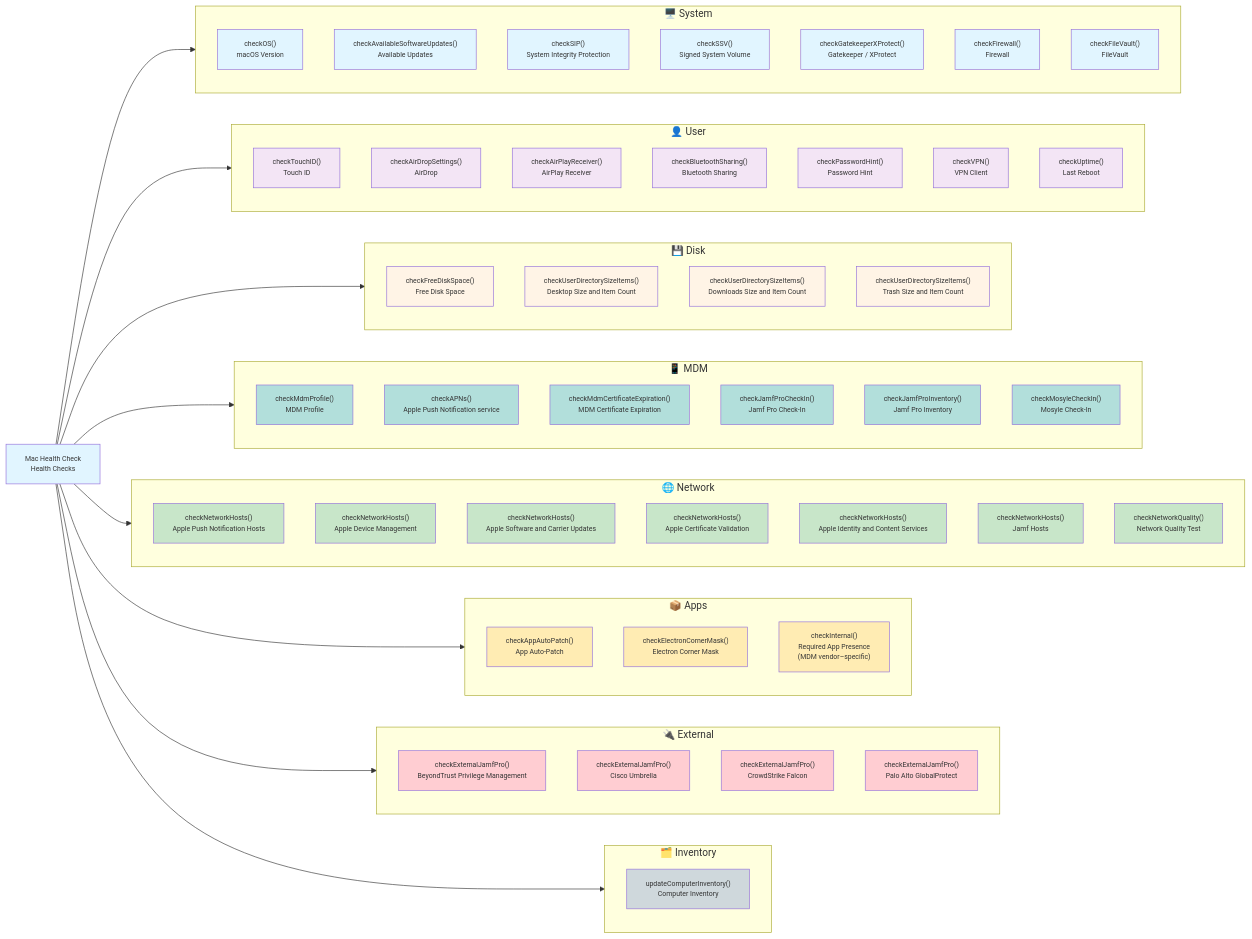
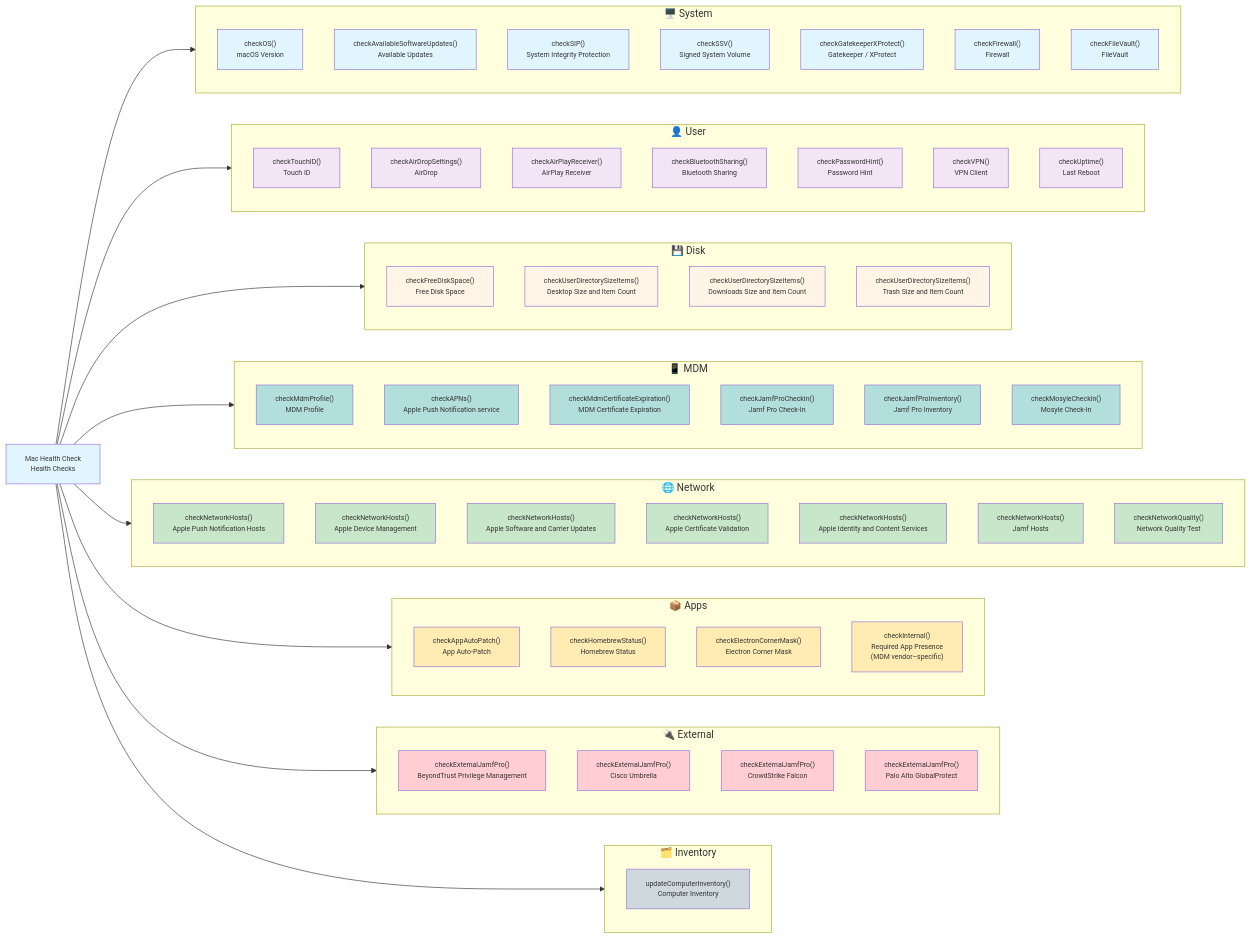
One commit to HowardGMac/Mac-Health-Check changed the diagram in Diagrams/03-health-check-categories.md. Above: the diagram before and after it, drawn with Mermaid. The commit also changed other lines of this file and 6 other files, not shown here.

Commit message:
Forward-port Homebrew status from feature/87-homebrew-status (#87)

```diff
--- a/Diagrams/03-health-check-categories.md
+++ b/Diagrams/03-health-check-categories.md
@@ -90,12 +90,14 @@
 
     subgraph Apps["📦 Apps"]
         A1["checkAppAutoPatch()<br>App Auto-Patch"]
-        A2["checkElectronCornerMask()<br>Electron Corner Mask"]
-        A3["checkInternal()<br>Required App Presence<br>(MDM vendor–specific)"]
+        A2["checkHomebrewStatus()<br>Homebrew Status"]
+        A3["checkElectronCornerMask()<br>Electron Corner Mask"]
+        A4["checkInternal()<br>Required App Presence<br>(MDM vendor–specific)"]
 
         style A1 fill:#ffecb3
         style A2 fill:#ffecb3
         style A3 fill:#ffecb3
+        style A4 fill:#ffecb3
     end
 
     subgraph External["🔌 External"]
```
